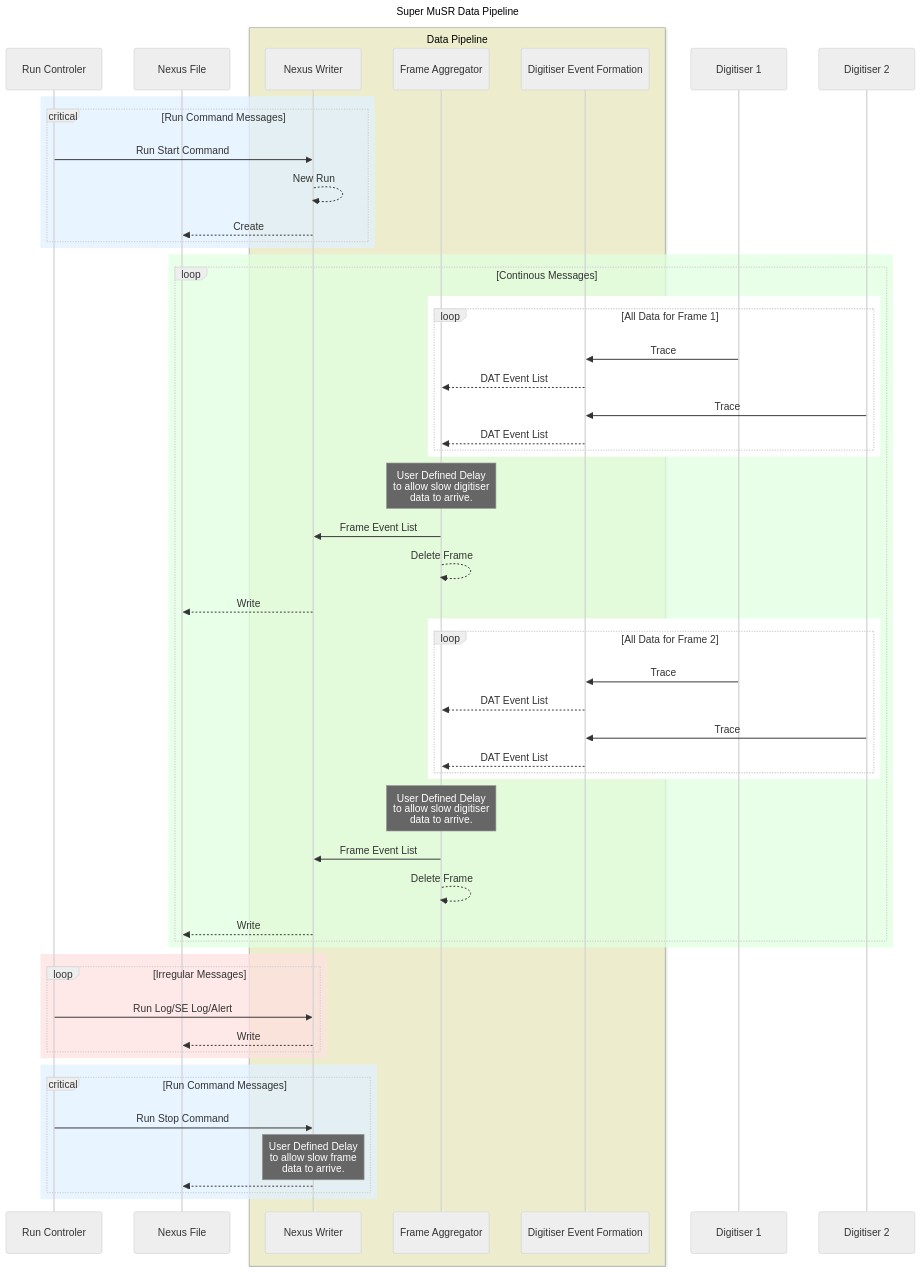
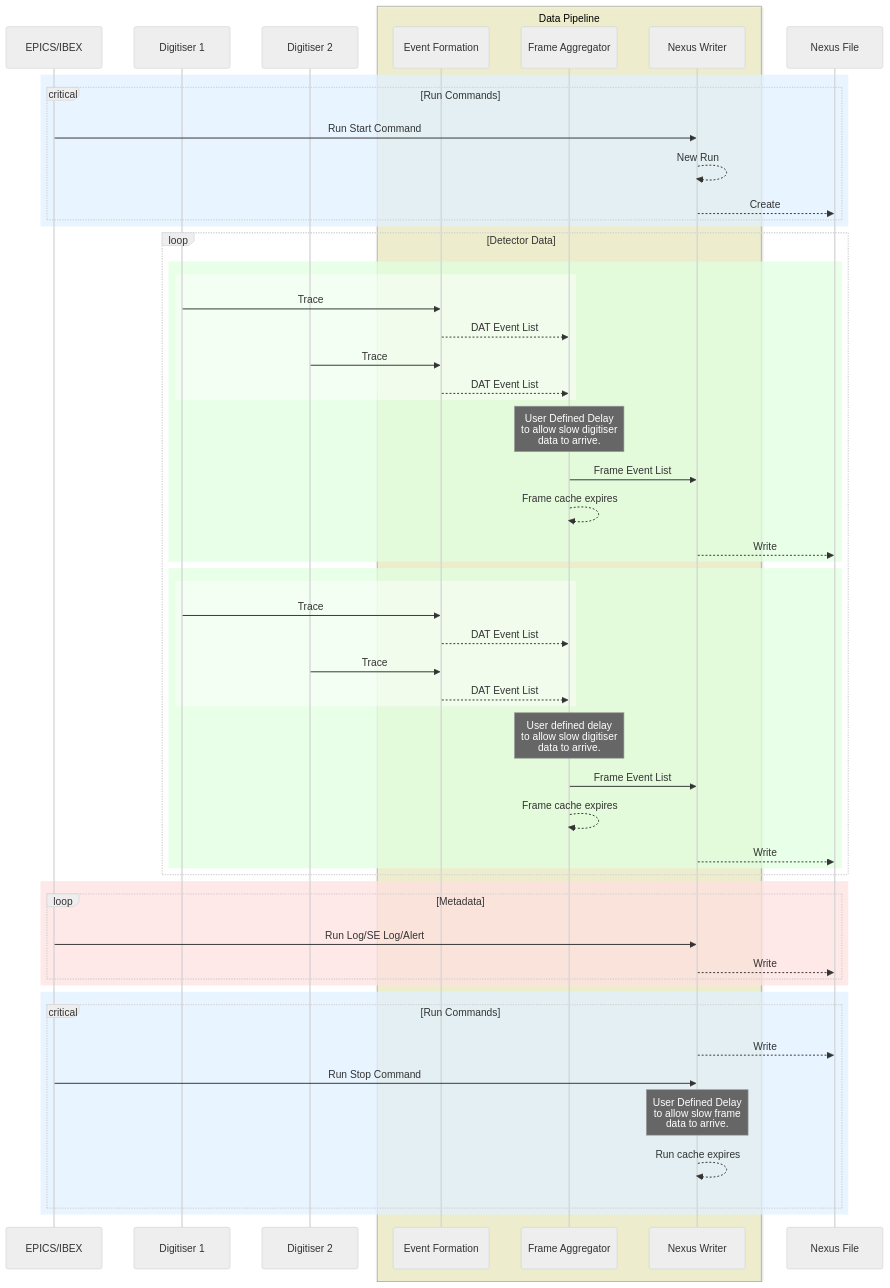
Before and after one commit to Modularius/supermusr-data-pipeline: the diagram in docs/dataflow.md, drawn with Mermaid (neutral theme). The commit also changed other lines of this file, not shown here.

````diff
--- a/docs/dataflow.md
+++ b/docs/dataflow.md
@@ -1,67 +2,63 @@
 ```mermaid
----
-title: Super MuSR Data Pipeline
----
 sequenceDiagram
-participant C as Run Controler
-participant X as Nexus File
-box rgba(255,255,192,.5) Data Pipeline
-    participant W as Nexus Writer
-    participant A as Frame Aggregator
-    participant E as Digitiser Event Formation
-end
+participant C as EPICS/IBEX
 participant T1 as Digitiser 1
 participant T2 as Digitiser 2
+box rgba(255,255,192,.5) Data Pipeline
+    participant E as Event Formation
+    participant A as Frame Aggregator
+    participant W as Nexus Writer
+end
+participant X as Nexus File
 
 rect rgba(224,240,255,0.75)
-    critical Run Command Messages
+    critical Run Commands
         C ->> W: Run Start Command
         W -->> W: New Run
         W -->> X: Create
     end
 end
 
-rect rgba(224,255,224,.75)
-    loop Continous Messages
-        rect rgba(255,255,255,1)
-            loop All Data for Frame 1
-                T1 ->> E: Trace
-                E -->> A: DAT Event List
-                T2 ->> E: Trace
-                E -->> A: DAT Event List
-            end
+loop Detector Data
+    rect rgba(224,255,224,.75)
+        rect rgba(255,255,255,0.5)
+            T1 ->> E: Trace
+            E -->> A: DAT Event List
+            T2 ->> E: Trace
+            E -->> A: DAT Event List
         end
         note over A: User Defined Delay<br/>to allow slow digitiser<br/>data to arrive.
         A ->> W: Frame Event List
-        A -->> A: Delete Frame
+        A -->> A: Frame cache expires
         W -->> X: Write
-        rect rgba(255,255,255,1)
-            loop All Data for Frame 2
-                T1 ->> E: Trace
-                E -->> A: DAT Event List
-                T2 ->> E: Trace
-                E -->> A: DAT Event List
-            end
+    end
+    rect rgba(224,255,224,.75)
+        rect rgba(255,255,255,0.5)
+            T1 ->> E: Trace
+            E -->> A: DAT Event List
+            T2 ->> E: Trace
+            E -->> A: DAT Event List
         end
-        note over A: User Defined Delay<br/>to allow slow digitiser<br/>data to arrive.
+        note over A: User defined delay<br/>to allow slow digitiser<br/>data to arrive.
         A ->> W: Frame Event List
-        A -->> A: Delete Frame
+        A -->> A: Frame cache expires
         W -->> X: Write
     end
 end
 
 rect rgba(256,224,224,.75)
-    loop Irregular Messages
+    loop Metadata
         C ->> W: Run Log/SE Log/Alert
         W -->> X: Write
     end
 end
 
 rect rgba(224,240,255,0.75)
-    critical Run Command Messages
-    C ->> W: Run Stop Command
+    critical Run Commands
+        W -->> X: Write
+        C ->> W: Run Stop Command
         note over W: User Defined Delay<br/>to allow slow frame<br/>data to arrive.
-    W -->> X: 
+        W -->> W: Run cache expires
     end
 end
 ```
````
